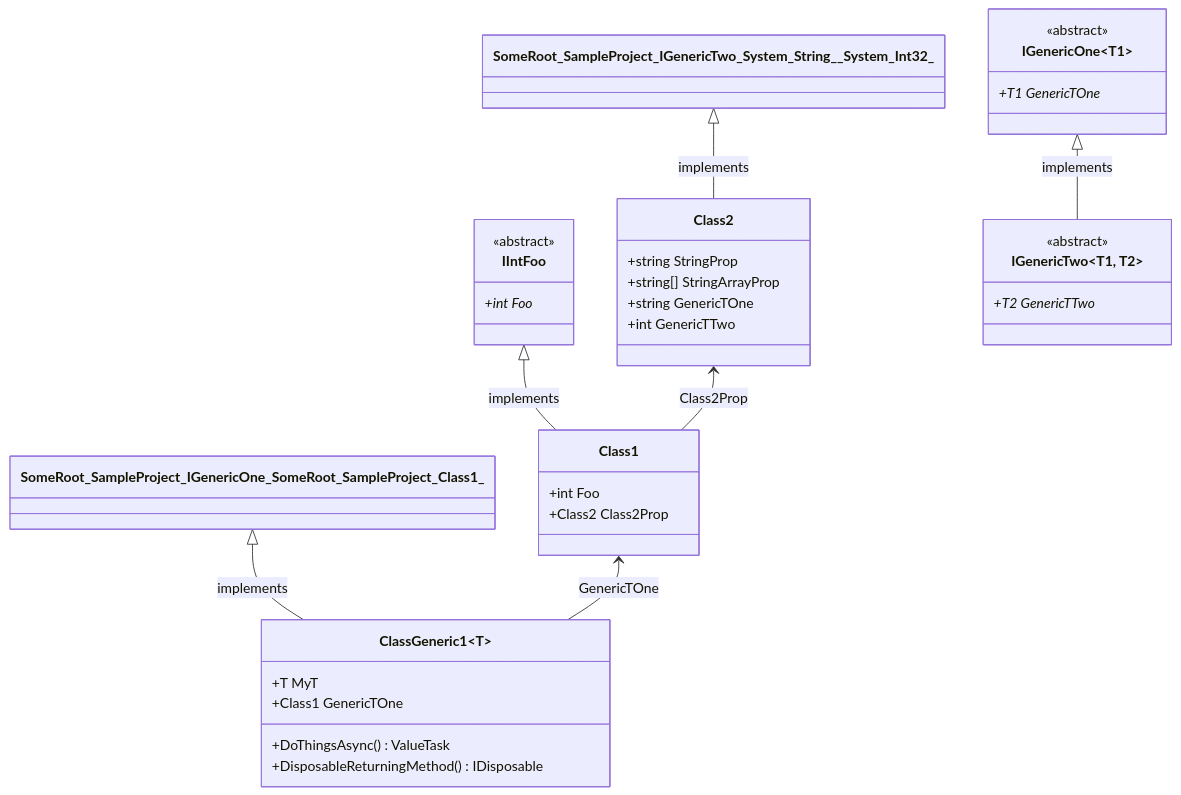
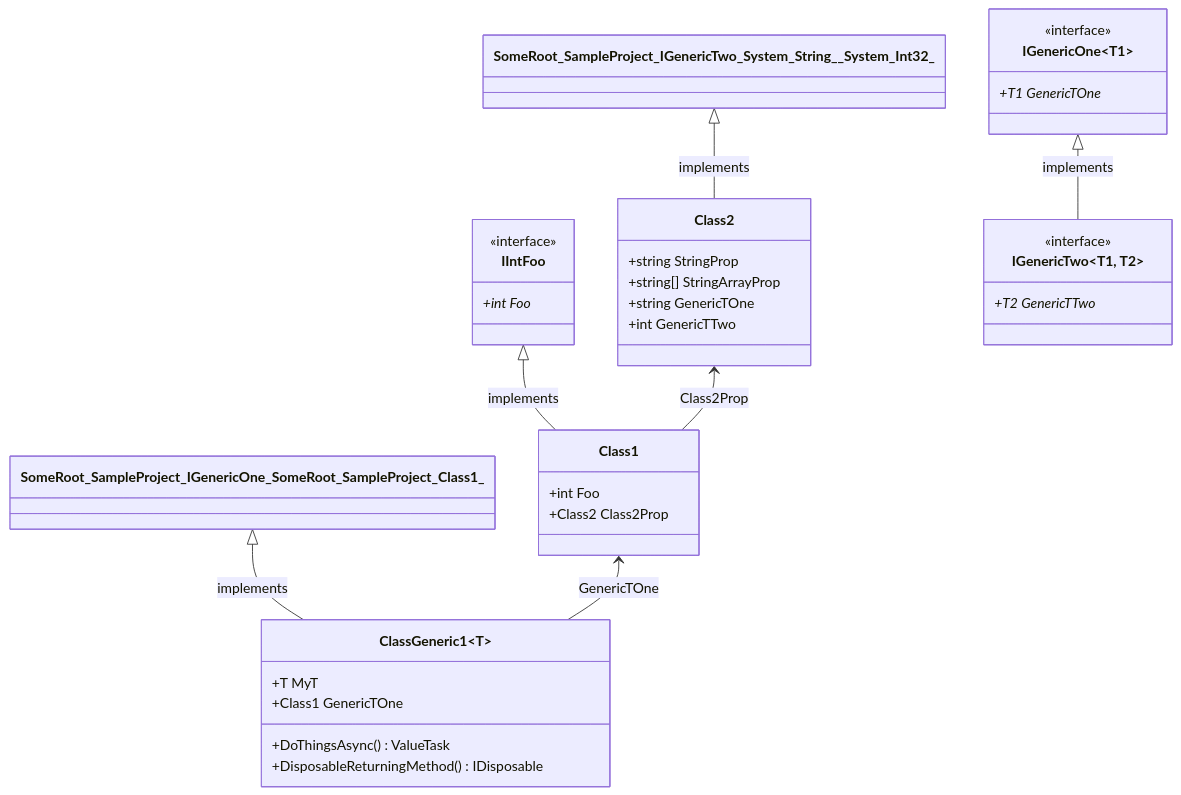
The seventh of 7 diagrams in test/SampleProject/CODE_METRICS.md (erichiller/gh-action-cs-metrics), drawn with Mermaid before and after one commit. The commit also changed other lines of this file, not shown here.

````diff
--- a/test/SampleProject/CODE_METRICS.md
+++ b/test/SampleProject/CODE_METRICS.md
@@ -317,47 +317,47 @@
 ```mermaid
 %%{init: {
     'fontFamily': 'monospace'
 } }%%
 classDiagram
 SomeRoot_SampleProject_IIntFoo <|-- SomeRoot_SampleProject_Class1 : implements
 SomeRoot_SampleProject_Class2 <-- SomeRoot_SampleProject_Class1 : Class2Prop
 class SomeRoot_SampleProject_Class1 ["Class1"] {
     +int Foo
     +Class2 Class2Prop
 }
 
 SomeRoot_SampleProject_IGenericTwo_System_String__System_Int32_ <|-- SomeRoot_SampleProject_Class2 : implements
 class SomeRoot_SampleProject_Class2 ["Class2"] {
     +string StringProp
     +string[] StringArrayProp
     +string GenericTOne
     +int GenericTTwo
 }
 
 SomeRoot_SampleProject_IGenericOne_SomeRoot_SampleProject_Class1_ <|-- SomeRoot_SampleProject_ClassGeneric1_T_ : implements
 SomeRoot_SampleProject_Class1 <-- SomeRoot_SampleProject_ClassGeneric1_T_ : GenericTOne
 class SomeRoot_SampleProject_ClassGeneric1_T_ ["ClassGeneric1&lt;T&gt;"] {
     +T MyT
     +Class1 GenericTOne
     +DoThingsAsync() ValueTask
     +DisposableReturningMethod() IDisposable
 }
 
 class SomeRoot_SampleProject_IGenericOne_T1_ ["IGenericOne&lt;T1&gt;"] {
-    <<abstract>>
+    <<interface>>
     +T1 GenericTOne*
 }
 
 SomeRoot_SampleProject_IGenericOne_T1_ <|-- SomeRoot_SampleProject_IGenericTwo_T1__T2_ : implements
 class SomeRoot_SampleProject_IGenericTwo_T1__T2_ ["IGenericTwo&lt;T1, T2&gt;"] {
-    <<abstract>>
+    <<interface>>
     +T2 GenericTTwo*
 }
 
 class SomeRoot_SampleProject_IIntFoo ["IIntFoo"] {
-    <<abstract>>
+    <<interface>>
     +int Foo*
 }
 
 
 ```
````
